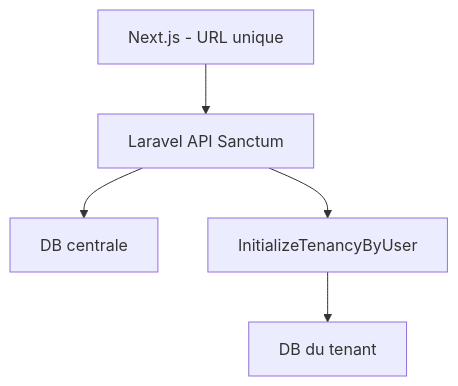
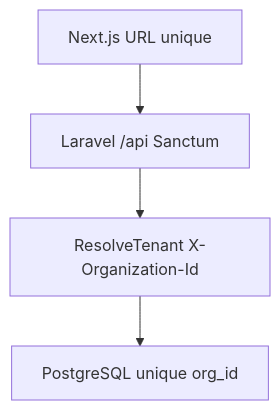
The diagram in docs/LARAVEL.md (Angui-dave/invomind), drawn with Mermaid before and after one commit. The commit also changed other lines of this file and 229 other files, not shown here.

````diff
--- a/docs/LARAVEL.md
+++ b/docs/LARAVEL.md
@@ -39,7 +28,6 @@
 ```mermaid
 flowchart TB
-  App["Next.js - URL unique"] --> API["Laravel API Sanctum"]
-  API --> CentralDB["DB centrale"]
-  API --> Mid["InitializeTenancyByUser"]
-  Mid --> TenantDB["DB du tenant"]
+  App["Next.js URL unique"] --> API["Laravel /api Sanctum"]
+  API --> Mid["ResolveTenant X-Organization-Id"]
+  Mid --> DB["PostgreSQL unique org_id"]
 ```
````
